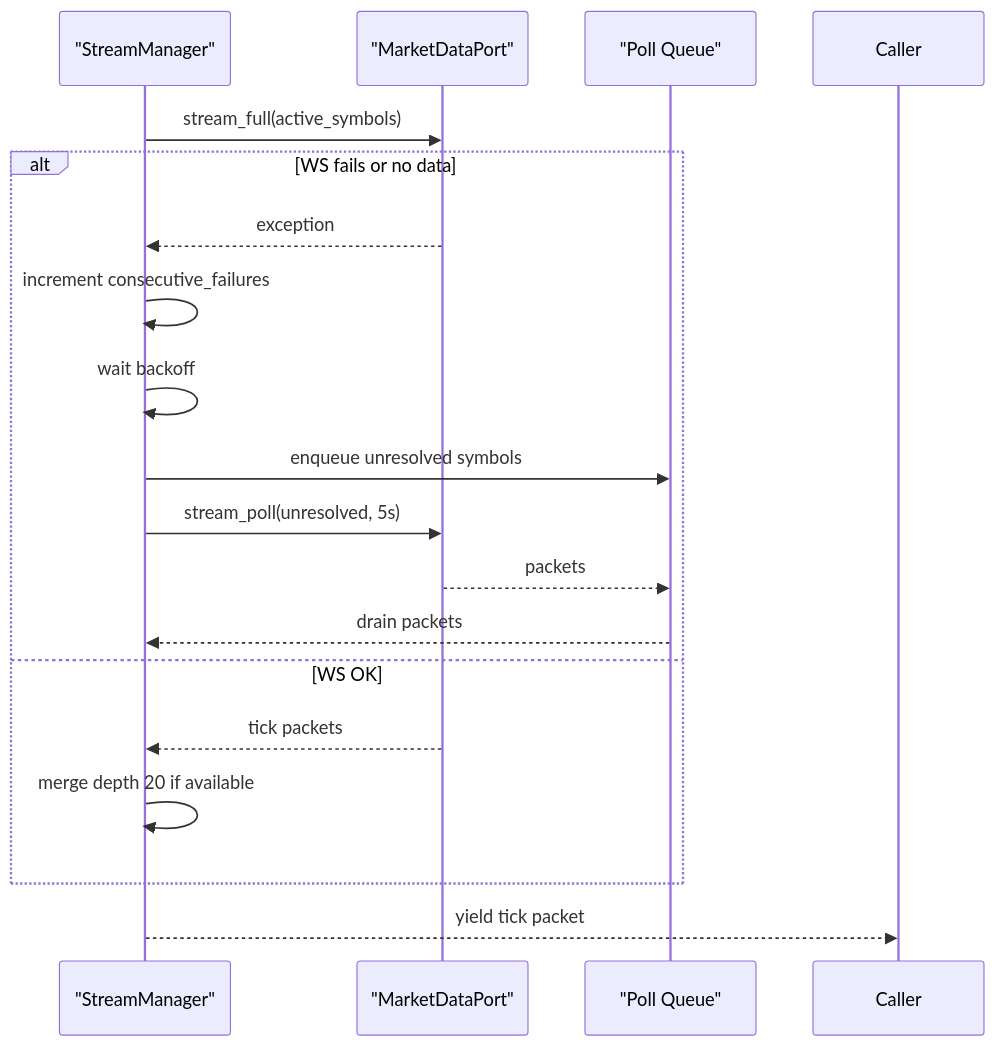
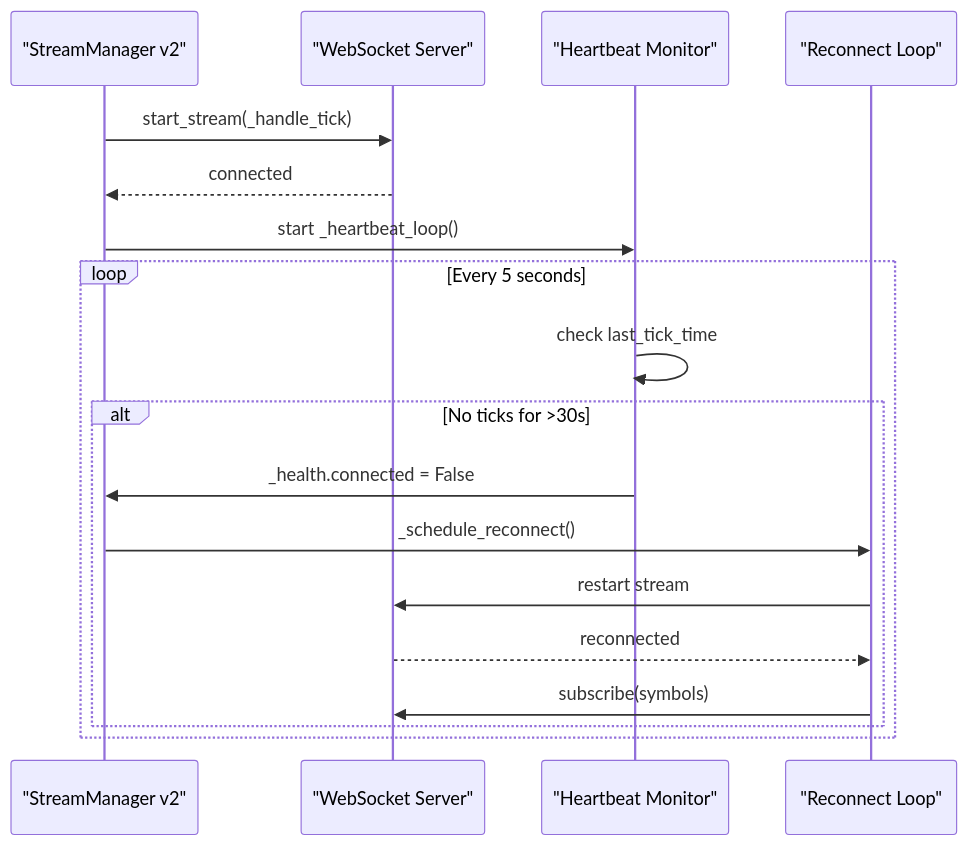
One commit to gemrajkhatry-maker/v5-of-glassytrade-ai changed the sixth of 7 diagrams in .qoder/repowiki/en/content/Backend Application/Core Services/Core Services.md. Above: the diagram before and after it, drawn with Mermaid. The commit also changed other lines of this file and 930 other files, not shown here.

````diff
--- a/.qoder/repowiki/en/content/Backend Application/Core Services/Core Services.md
+++ b/.qoder/repowiki/en/content/Backend Application/Core Services/Core Services.md
@@ -320,20 +324,20 @@
 ```mermaid
 sequenceDiagram
-participant SM as "StreamManager"
-participant MD as "MarketDataPort"
-participant Q as "Poll Queue"
-SM->>MD : stream_full(active_symbols)
-alt WS fails or no data
-MD-->>SM : exception
-SM->>SM : increment consecutive_failures
-SM->>SM : wait backoff
-SM->>Q : enqueue unresolved symbols
-SM->>MD : stream_poll(unresolved, 5s)
-MD-->>Q : packets
-Q-->>SM : drain packets
-else WS OK
-MD-->>SM : tick packets
-SM->>SM : merge depth 20 if available
+participant SM as "StreamManager v2"
+participant WS as "WebSocket Server"
+participant HB as "Heartbeat Monitor"
+participant RC as "Reconnect Loop"
+SM->>WS : start_stream(_handle_tick)
+WS-->>SM : connected
+SM->>HB : start _heartbeat_loop()
+loop Every 5 seconds
+HB->>HB : check last_tick_time
+alt No ticks for >30s
+HB->>SM : _health.connected = False
+SM->>RC : _schedule_reconnect()
+RC->>WS : restart stream
+WS-->>RC : reconnected
+RC->>WS : subscribe(symbols)
 end
-SM-->>Caller : yield tick packet
+end
 ```
````
